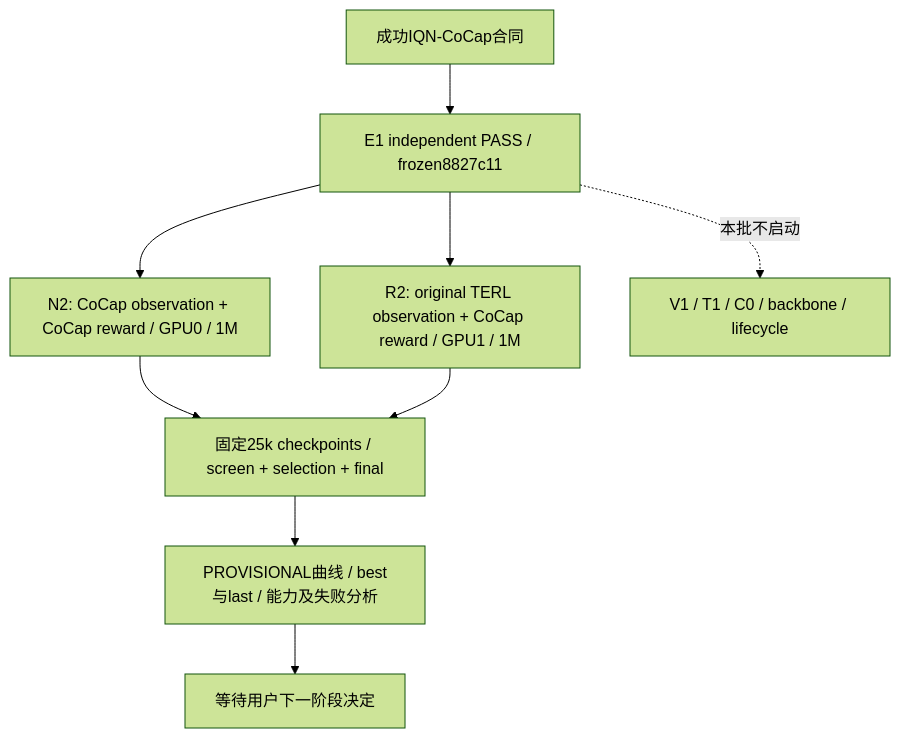
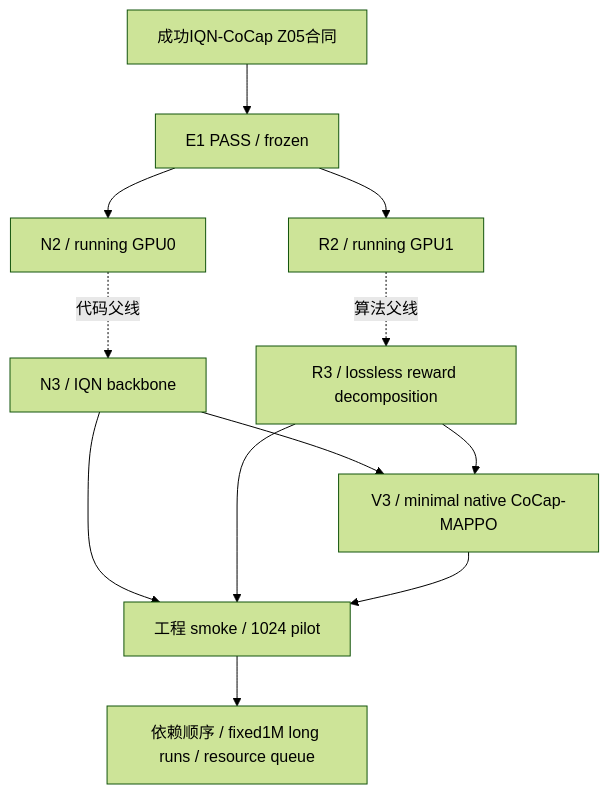
The diagram in docs/ops/COCAP_MAPPO_BATCH02_DAG_20261011_ZH.md (Jayyeah/cocap-voradj), drawn with Mermaid (forest theme) before and after one commit. The commit also changed other lines of this file and 4 other files, not shown here.

````diff
--- a/docs/ops/COCAP_MAPPO_BATCH02_DAG_20261011_ZH.md
+++ b/docs/ops/COCAP_MAPPO_BATCH02_DAG_20261011_ZH.md
@@ -7,11 +7,14 @@
 ```mermaid
 flowchart TD
-    I[成功IQN-CoCap合同] --> E[E1 independent PASS / frozen8827c11]
-    E --> N[N2: CoCap observation + CoCap reward / GPU0 / 1M]
-    E --> R[R2: original TERL observation + CoCap reward / GPU1 / 1M]
-    N --> Q[固定25k checkpoints / screen + selection + final]
-    R --> Q
-    Q --> P[PROVISIONAL曲线 / best与last / 能力及失败分析]
-    P --> U[等待用户下一阶段决定]
-    E -. 本批不启动 .-> V[V1 / T1 / C0 / backbone / lifecycle]
+  I[成功IQN-CoCap Z05合同] --> E[E1 PASS / frozen]
+  E --> N2[N2 / running GPU0]
+  E --> R2[R2 / running GPU1]
+  N2 -. 代码父线 .-> N3[N3 / IQN backbone]
+  R2 -. 算法父线 .-> R3[R3 / lossless reward decomposition]
+  N3 --> V3[V3 / minimal native CoCap-MAPPO]
+  R3 --> V3
+  N3 --> P[工程 smoke / 1024 pilot]
+  R3 --> P
+  V3 --> P
+  P --> L[依赖顺序 / fixed1M long runs / resource queue]
 ```
````
